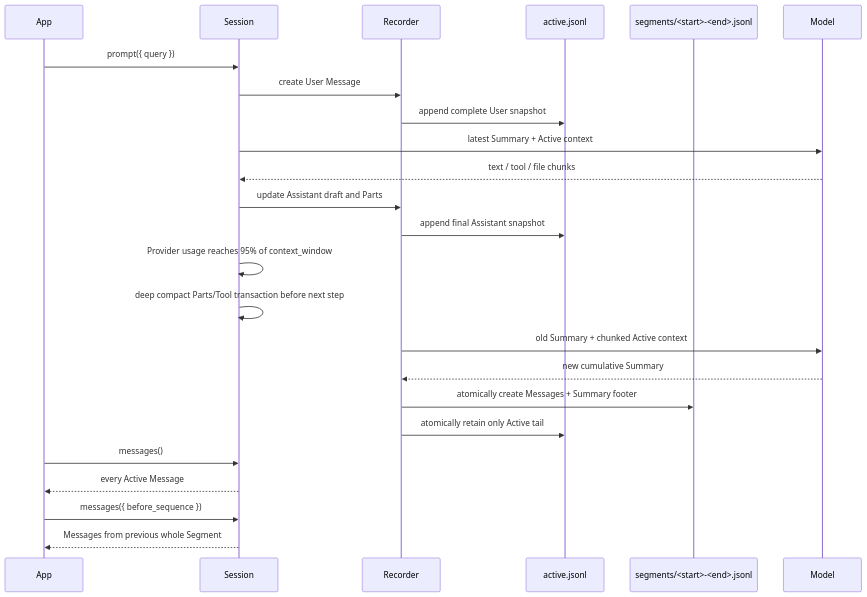
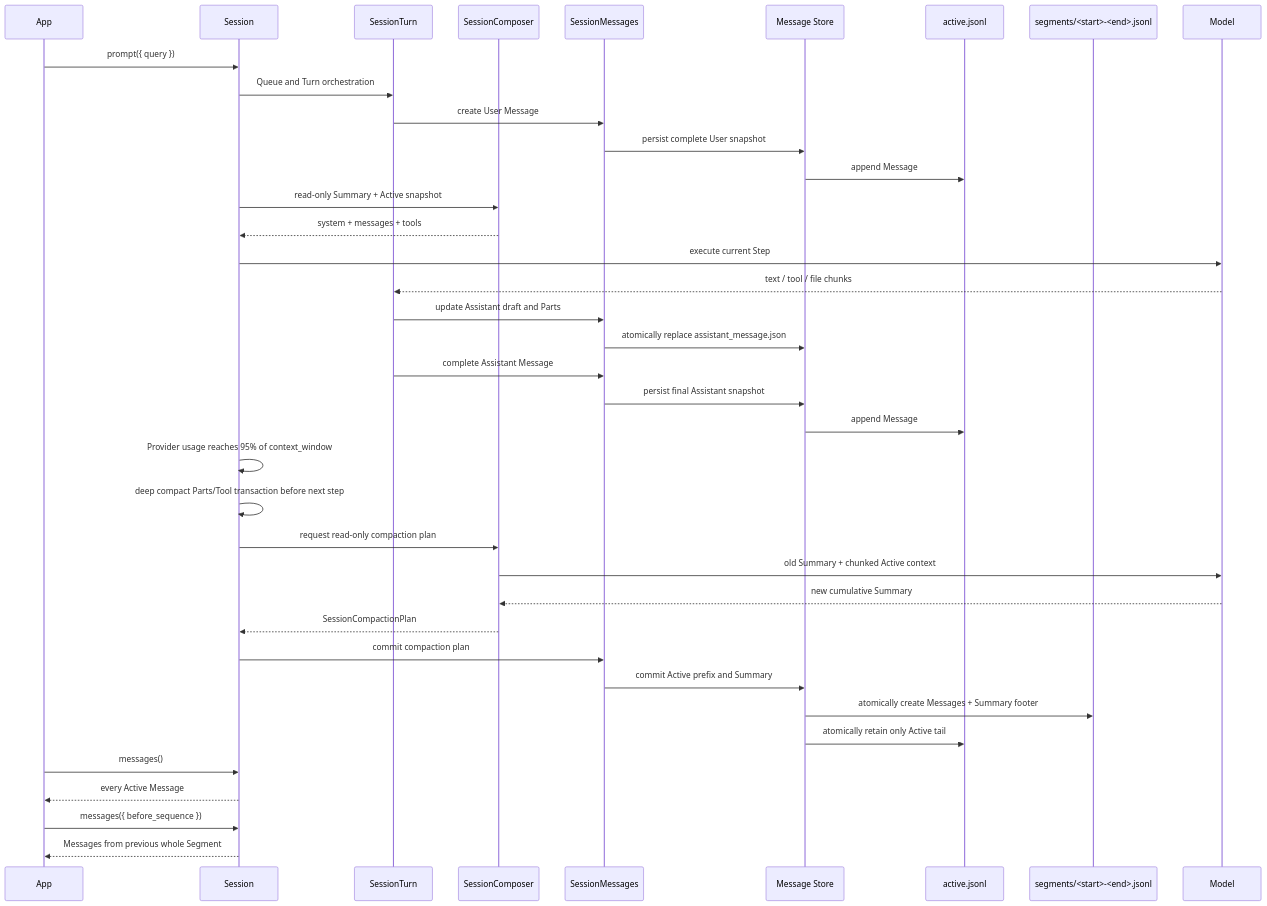
Before and after one commit to wangenius/downcity: the diagram in homepage/content/agent-sdk-docs/en/sessions/metadata-and-storage.mdx, drawn with Mermaid. The commit also changed other lines of this file and 7 other files, not shown here.

Commit message:
docs(agent): document session runtime architecture

````diff
--- a/homepage/content/agent-sdk-docs/en/sessions/metadata-and-storage.mdx
+++ b/homepage/content/agent-sdk-docs/en/sessions/metadata-and-storage.mdx
@@ -53,27 +53,41 @@
 ```mermaid
 sequenceDiagram
     participant App
     participant Session
-    participant Recorder
+    participant Turn as SessionTurn
+    participant Composer as SessionComposer
+    participant Messages as SessionMessages
+    participant Store as Message Store
     participant Active as active.jsonl
     participant Segment as segments/<start>-<end>.jsonl
     participant Model
 
     App->>Session: prompt({ query })
-    Session->>Recorder: create User Message
-    Recorder->>Active: append complete User snapshot
-    Session->>Model: latest Summary + Active context
-    Model-->>Session: text / tool / file chunks
-    Session->>Recorder: update Assistant draft and Parts
-    Recorder->>Active: append final Assistant snapshot
+    Session->>Turn: Queue and Turn orchestration
+    Turn->>Messages: create User Message
+    Messages->>Store: persist complete User snapshot
+    Store->>Active: append Message
+    Session->>Composer: read-only Summary + Active snapshot
+    Composer-->>Session: system + messages + tools
+    Session->>Model: execute current Step
+    Model-->>Turn: text / tool / file chunks
+    Turn->>Messages: update Assistant draft and Parts
+    Messages->>Store: atomically replace assistant_message.json
+    Turn->>Messages: complete Assistant Message
+    Messages->>Store: persist final Assistant snapshot
+    Store->>Active: append Message
     Session->>Session: Provider usage reaches 95% of context_window
     Session->>Session: deep compact Parts/Tool transaction before next step
-    Recorder->>Model: old Summary + chunked Active context
-    Model-->>Recorder: new cumulative Summary
-    Recorder->>Segment: atomically create Messages + Summary footer
-    Recorder->>Active: atomically retain only Active tail
+    Session->>Composer: request read-only compaction plan
+    Composer->>Model: old Summary + chunked Active context
+    Model-->>Composer: new cumulative Summary
+    Composer-->>Session: SessionCompactionPlan
+    Session->>Messages: commit compaction plan
+    Messages->>Store: commit Active prefix and Summary
+    Store->>Segment: atomically create Messages + Summary footer
+    Store->>Active: atomically retain only Active tail
     App->>Session: messages()
     Session-->>App: every Active Message
     App->>Session: messages({ before_sequence })
     Session-->>App: Messages from previous whole Segment
 ```
````
